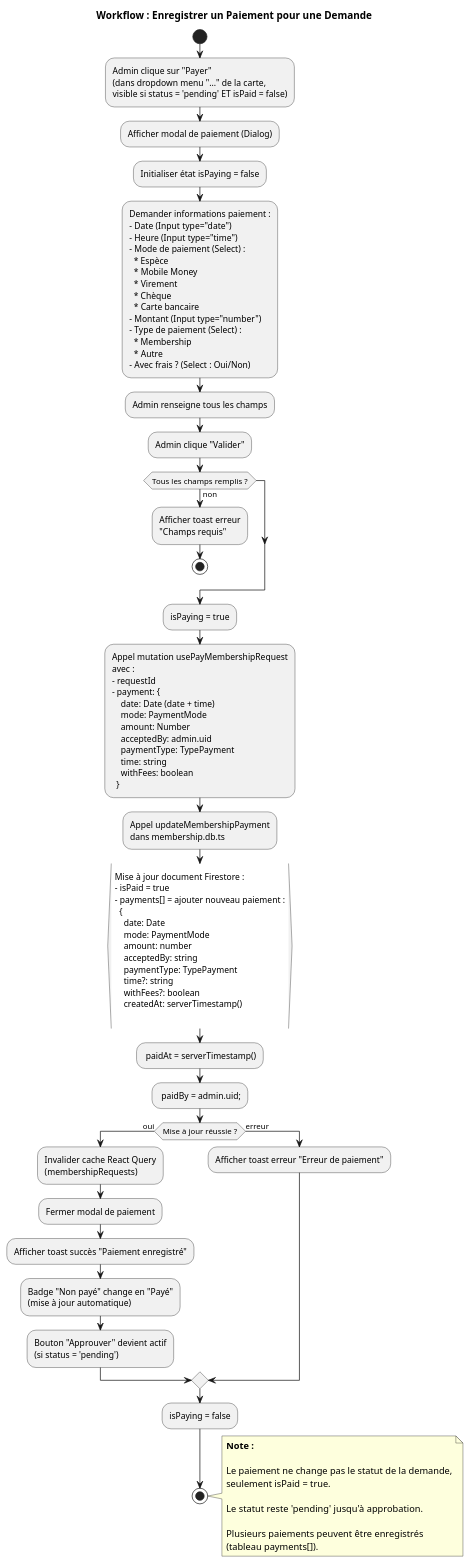
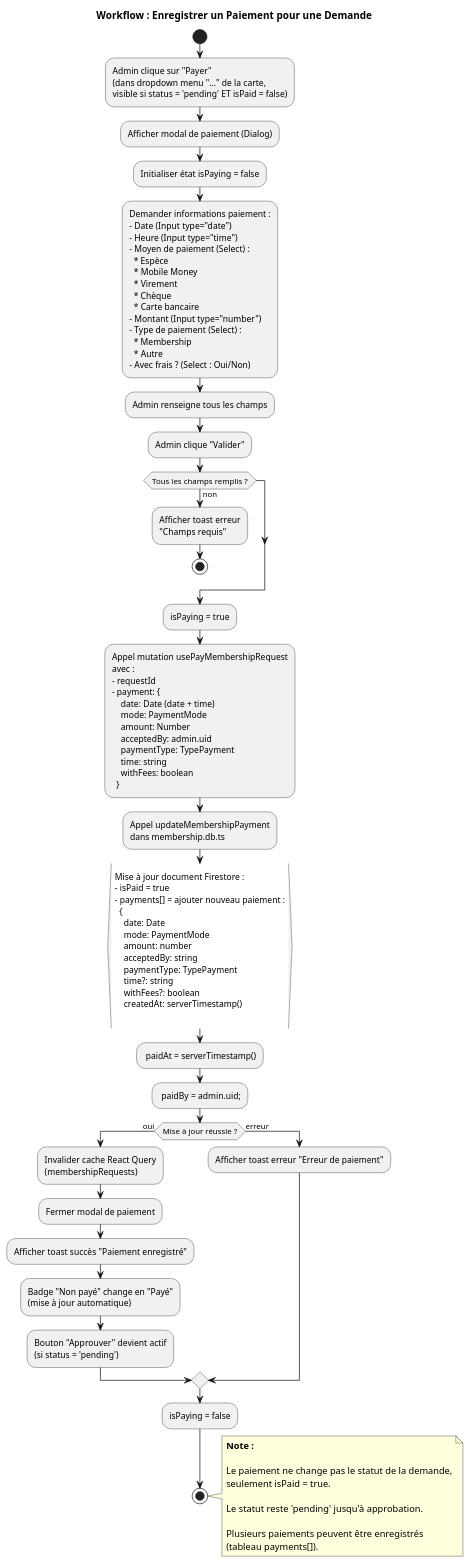
The diagram in documentation/membership-requests/paiement/activite/Payer.puml (GlennEriss/kara-client-front), drawn with PlantUML before and after one commit. The commit also changed 37 other files, not shown here.

First line of the commit message:
refactor(payment): standardize terminology from "Mode de paiement" to "Moyen de paiement"

```diff
--- a/documentation/membership-requests/paiement/activite/Payer.puml
+++ b/documentation/membership-requests/paiement/activite/Payer.puml
@@ -1,106 +1,106 @@
 @startuml Payer
 title Workflow : Enregistrer un Paiement pour une Demande
 
 start
 
 :Admin clique sur "Payer" 
 (dans dropdown menu "..." de la carte,
 visible si status = 'pending' ET isPaid = false);
 
 :Afficher modal de paiement (Dialog);
 
 :Initialiser état isPaying = false;
 
 :Demander informations paiement :
 - Date (Input type="date")
 - Heure (Input type="time")
-- Mode de paiement (Select) :
+- Moyen de paiement (Select) :
   * Espèce
   * Mobile Money
   * Virement
   * Chèque
   * Carte bancaire
 - Montant (Input type="number")
 - Type de paiement (Select) :
   * Membership
   * Autre
 - Avec frais ? (Select : Oui/Non);
 
 :Admin renseigne tous les champs;
 
 :Admin clique "Valider";
 
 if (Tous les champs remplis ?) then (non)
   :Afficher toast erreur 
   "Champs requis";
   stop
 endif
 
 :isPaying = true;
 
 :Appel mutation usePayMembershipRequest 
 avec :
 - requestId
 - payment: {
     date: Date (date + time)
     mode: PaymentMode
     amount: Number
     acceptedBy: admin.uid
     paymentType: TypePayment
     time: string
     withFees: boolean
   };
 
 :Appel updateMembershipPayment 
 dans membership.db.ts;
 
 :Mise à jour document Firestore :
 - isPaid = true
 - payments[] = ajouter nouveau paiement :
   {
     date: Date
     mode: PaymentMode
     amount: number
     acceptedBy: string
     paymentType: TypePayment
     time?: string
     withFees?: boolean
     createdAt: serverTimestamp()
   }
 - paidAt = serverTimestamp()
 - paidBy = admin.uid;
 
 if (Mise à jour réussie ?) then (oui)
   :Invalider cache React Query 
   (membershipRequests);
   
   :Fermer modal de paiement;
   
   :Afficher toast succès "Paiement enregistré";
   
   :Badge "Non payé" change en "Payé" 
   (mise à jour automatique);
   
   :Bouton "Approuver" devient actif 
   (si status = 'pending');
 else (erreur)
   :Afficher toast erreur "Erreur de paiement";
 endif
 
 :isPaying = false;
 
 stop
 
 note right
   **Note :**
   
   Le paiement ne change pas le statut de la demande,
   seulement isPaid = true.
   
   Le statut reste 'pending' jusqu'à approbation.
   
   Plusieurs paiements peuvent être enregistrés
   (tableau payments[]).
 end note
 
 @enduml
```
